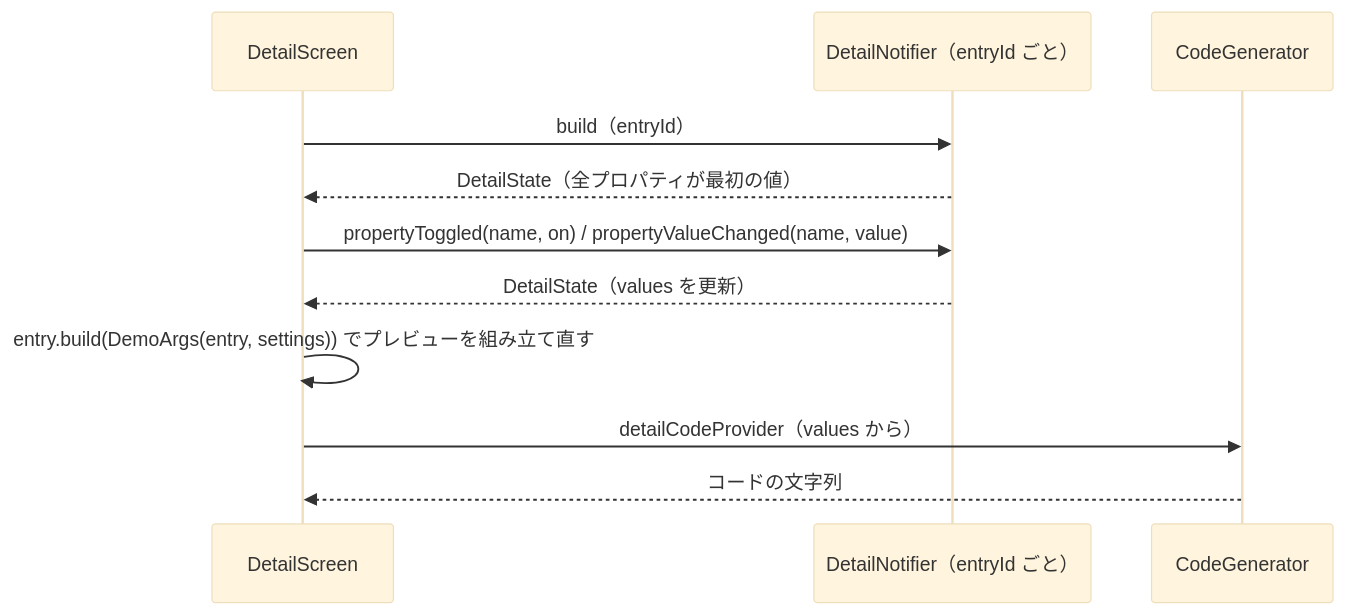
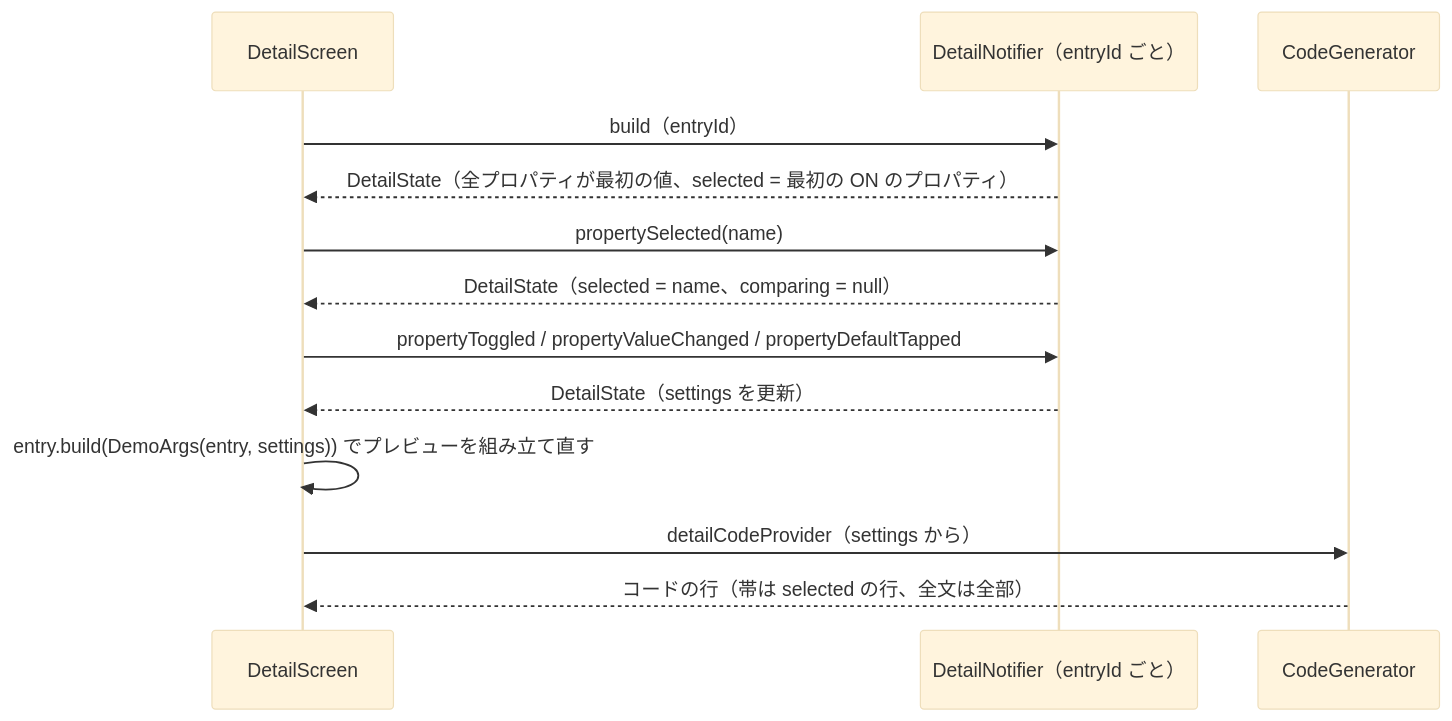
The third of 6 diagrams in docs/design/functions/demo-engine.md (masa-futa/widget-lab), drawn with Mermaid (base theme) before and after one commit. The commit also changed other lines of this file and 9 other files, not shown here.

````diff
--- a/docs/design/functions/demo-engine.md
+++ b/docs/design/functions/demo-engine.md
@@ -132,13 +136,15 @@
 ```mermaid
 sequenceDiagram
     participant V as DetailScreen
     participant N as DetailNotifier（entryId ごと）
     participant C as CodeGenerator
     V->>N: build（entryId）
-    N-->>V: DetailState（全プロパティが最初の値）
-    V->>N: propertyToggled(name, on) / propertyValueChanged(name, value)
-    N-->>V: DetailState（values を更新）
+    N-->>V: DetailState（全プロパティが最初の値、selected = 最初の ON のプロパティ）
+    V->>N: propertySelected(name)
+    N-->>V: DetailState（selected = name、comparing = null）
+    V->>N: propertyToggled / propertyValueChanged / propertyDefaultTapped
+    N-->>V: DetailState（settings を更新）
     V->>V: entry.build(DemoArgs(entry, settings)) でプレビューを組み立て直す
-    V->>C: detailCodeProvider（values から）
-    C-->>V: コードの文字列
+    V->>C: detailCodeProvider（settings から）
+    C-->>V: コードの行（帯は selected の行、全文は全部）
 ```
````
